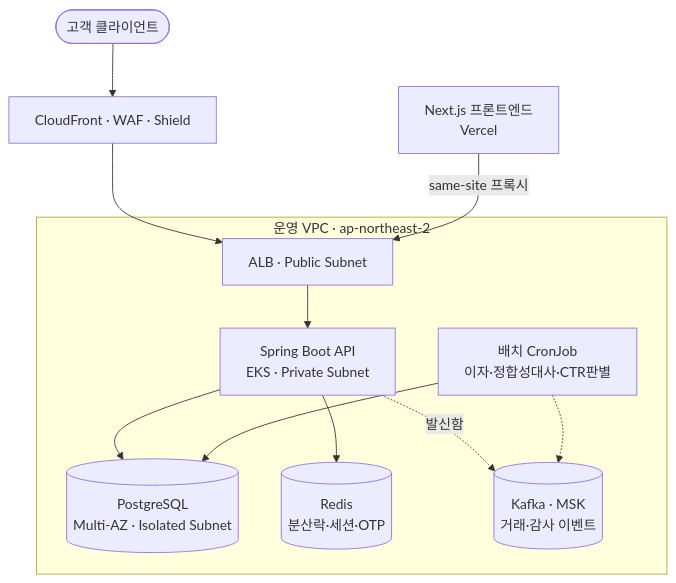
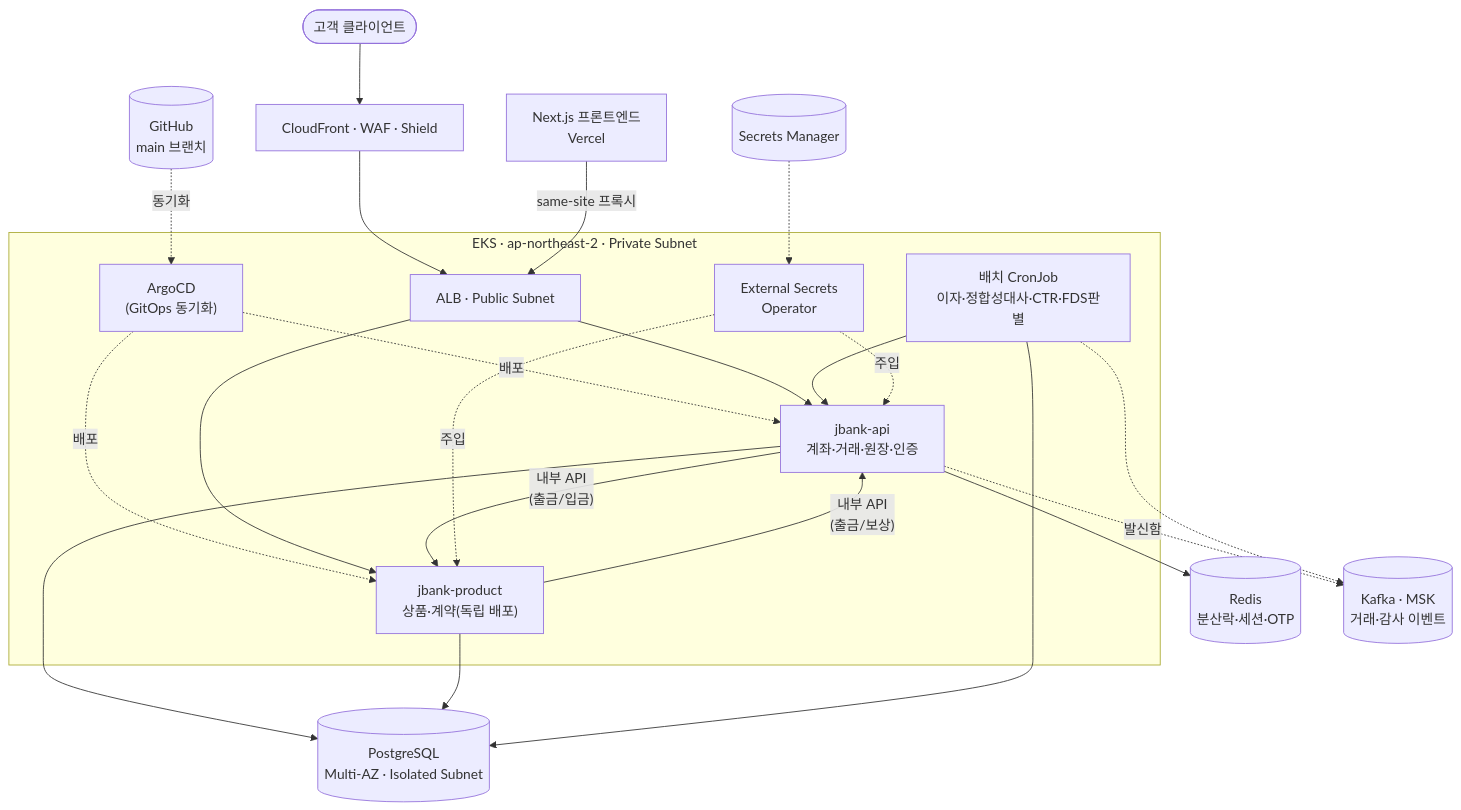
One commit to JaeHyun10-03/J-Bank changed the first of 4 diagrams in README.md. Above: the diagram before and after it, drawn with Mermaid. The commit also changed other lines of this file, not shown here.

Commit message:
docs(readme): W7 반영 — jbank-product 분리, ArgoCD/Secrets Manager, 7주 로드맵 완료, 성능 추이

````diff
--- a/README.md
+++ b/README.md
@@ -45,17 +45,29 @@
 ```mermaid
 flowchart TB
     User([고객 클라이언트]) --> CF["CloudFront · WAF · Shield"]
     CF --> ALB["ALB · Public Subnet"]
+    Git[("GitHub<br/>main 브랜치")] -.동기화.-> Argo
 
-    subgraph VPC["운영 VPC · ap-northeast-2"]
-        ALB --> API["Spring Boot API<br/>EKS · Private Subnet"]
-        Batch["배치 CronJob<br/>이자·정합성대사·CTR판별"]
-        API --> RDS[("PostgreSQL<br/>Multi-AZ · Isolated Subnet")]
-        API --> Redis[("Redis<br/>분산락·세션·OTP")]
-        API -.발신함.-> Kafka[("Kafka · MSK<br/>거래·감사 이벤트")]
-        Batch --> RDS
-        Batch -.-> Kafka
+    subgraph VPC["EKS · ap-northeast-2 · Private Subnet"]
+        Argo["ArgoCD<br/>(GitOps 동기화)"] -.배포.-> API
+        Argo -.배포.-> Product
+        ALB --> API["jbank-api<br/>계좌·거래·원장·인증"]
+        ALB --> Product["jbank-product<br/>상품·계약(독립 배포)"]
+        Batch["배치 CronJob<br/>이자·정합성대사·CTR·FDS판별"]
+        API -->|"내부 API<br/>(출금/입금)"| Product
+        Product -->|"내부 API<br/>(출금/보상)"| API
+        Batch --> API
+        ESO["External Secrets<br/>Operator"] -.주입.-> API
+        ESO -.주입.-> Product
     end
+
+    SM[("Secrets Manager")] -.-> ESO
+    API --> RDS[("PostgreSQL<br/>Multi-AZ · Isolated Subnet")]
+    Product --> RDS
+    API --> Redis[("Redis<br/>분산락·세션·OTP")]
+    API -.발신함.-> Kafka[("Kafka · MSK<br/>거래·감사 이벤트")]
+    Batch --> RDS
+    Batch -.-> Kafka
 
     Web["Next.js 프론트엔드<br/>Vercel"] -->|same-site 프록시| ALB
 ```
````
